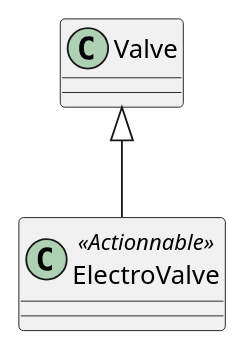
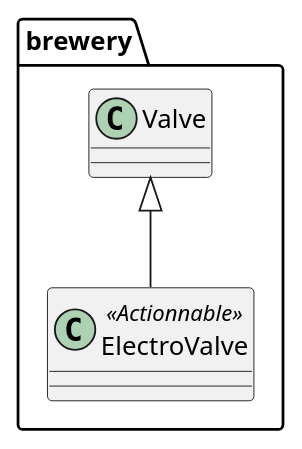
Before and after one commit to beerfactory/brewbox-uml: the diagram in src/class/include/valve.iuml, drawn with PlantUML. The commit also changed 32 other files, not shown here.

```diff
--- a/src/class/include/valve.iuml
+++ b/src/class/include/valve.iuml
@@ -1,7 +1,9 @@
-class Valve  {
-}
+package brewery {
+	class Valve  {
+	}
 
-class ElectroValve <<Actionnable>> {
+	class ElectroValve <<Actionnable>> {
+	}
 }
 
 Valve <|-- ElectroValve
```
